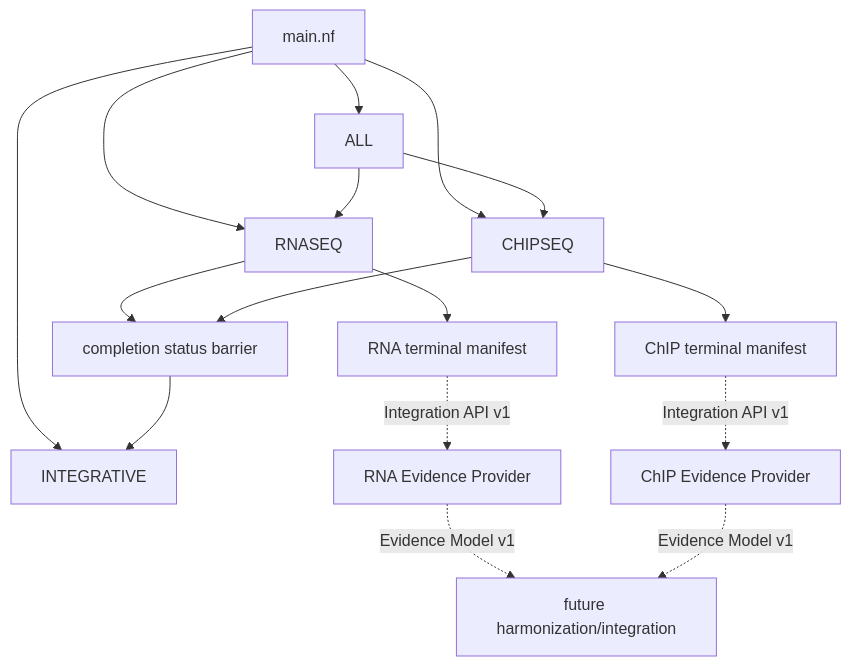
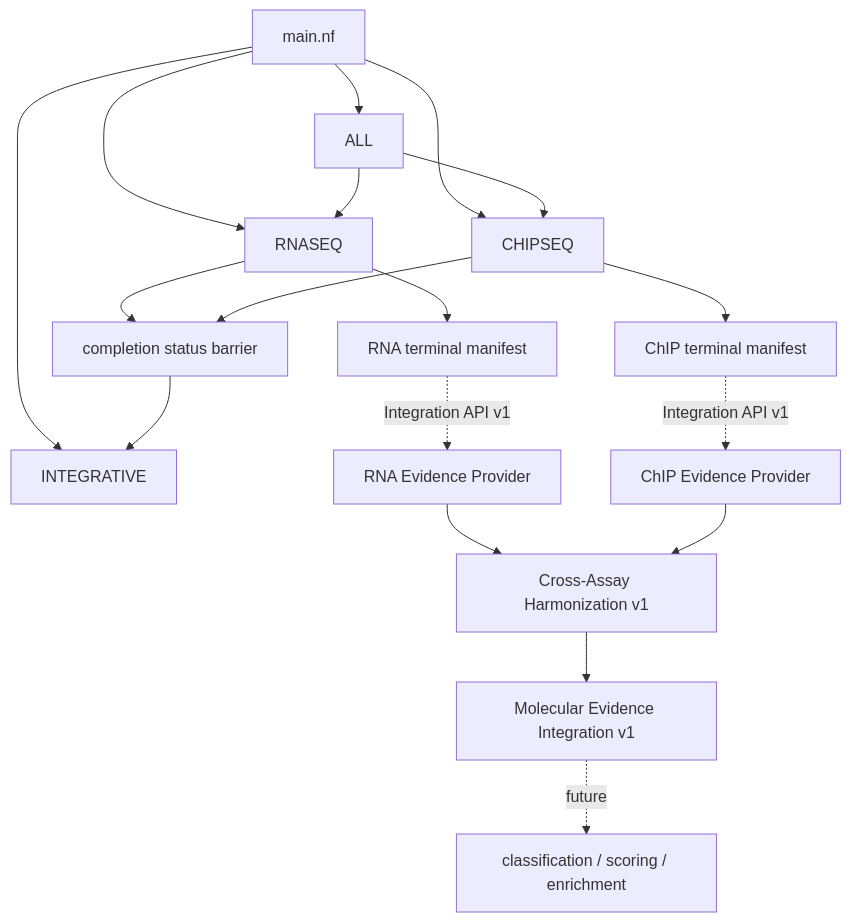
One commit to GMiguelAlves/HelixForge changed the first of 3 diagrams in docs/architecture.md. Above: the diagram before and after it, drawn with Mermaid. The commit also changed other lines of this file and 13 other files, not shown here.

````diff
--- a/docs/architecture.md
+++ b/docs/architecture.md
@@ -12,18 +12,20 @@
 ```mermaid
 flowchart TB
     MAIN["main.nf"] --> RNA["RNASEQ"]
     MAIN --> CHIP["CHIPSEQ"]
     MAIN --> INT["INTEGRATIVE"]
     MAIN --> ALL["ALL"]
     ALL --> RNA
     ALL --> CHIP
     RNA --> RM["RNA terminal manifest"]
     CHIP --> CM["ChIP terminal manifest"]
     RNA --> GATE["completion status barrier"]
     CHIP --> GATE
     GATE --> INT
     RM -. "Integration API v1" .-> REP["RNA Evidence Provider"]
     CM -. "Integration API v1" .-> CEP["ChIP Evidence Provider"]
-    REP -. "Evidence Model v1" .-> FUTURE["future harmonization/integration"]
-    CEP -. "Evidence Model v1" .-> FUTURE
+    REP --> HARM["Cross-Assay Harmonization v1"]
+    CEP --> HARM
+    HARM --> MEI["Molecular Evidence Integration v1"]
+    MEI -. "future" .-> FUTURE["classification / scoring / enrichment"]
 ```
````
